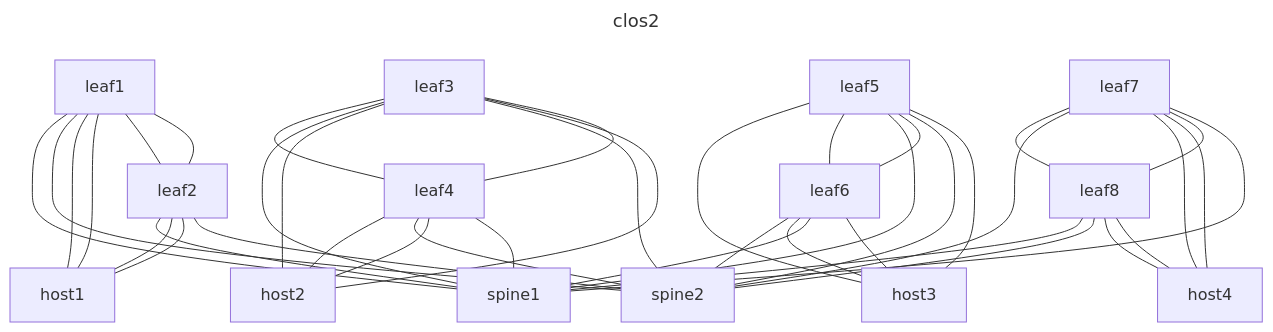
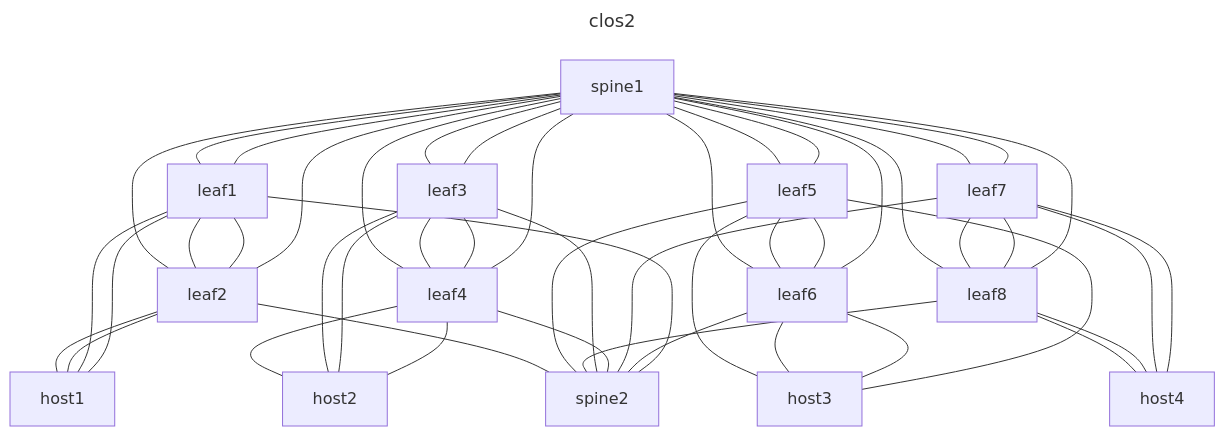
One commit to jryburn/ac2-labinfo changed the diagram in clabs-srl/srl-evpn-clos2.clab.mermaid. Above: the diagram before and after it, drawn with Mermaid.

Commit message:
Update topo

```diff
--- a/clabs-srl/srl-evpn-clos2.clab.mermaid
+++ b/clabs-srl/srl-evpn-clos2.clab.mermaid
@@ -1,44 +1,52 @@
 ---
 title: clos2
 ---
 graph TD
+  spine1---leaf1
+  spine1---leaf2
+  spine1---leaf3
+  spine1---leaf4
+  spine1---leaf5
+  spine1---leaf6
+  spine1---leaf7
+  spine1---leaf8
   leaf1---spine1
   leaf1---spine2
   leaf1---host1
   leaf1---host1
   leaf1---leaf2
   leaf1---leaf2
   leaf4---host2
   leaf3---leaf4
   leaf5---host3
   leaf5---leaf6
   leaf5---spine1
   leaf6---spine2
   leaf7---leaf8
   leaf7---spine2
   leaf8---spine1
   leaf2---spine1
   leaf3---spine1
   leaf4---spine2
   leaf3---host2
   leaf6---host3
   leaf7---host4
   leaf7---host4
   leaf3---spine2
   leaf5---leaf6
   leaf8---spine2
   leaf3---host2
   leaf6---spine1
   leaf6---host3
   leaf5---spine2
   leaf7---leaf8
   leaf2---host1
   leaf4---host2
   leaf4---spine1
   leaf8---host4
   leaf7---spine1
   leaf2---host1
   leaf2---spine2
   leaf3---leaf4
   leaf5---host3
   leaf8---host4
```
